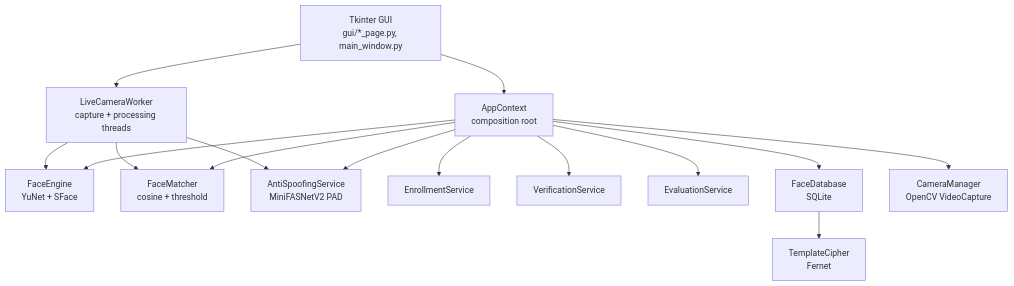
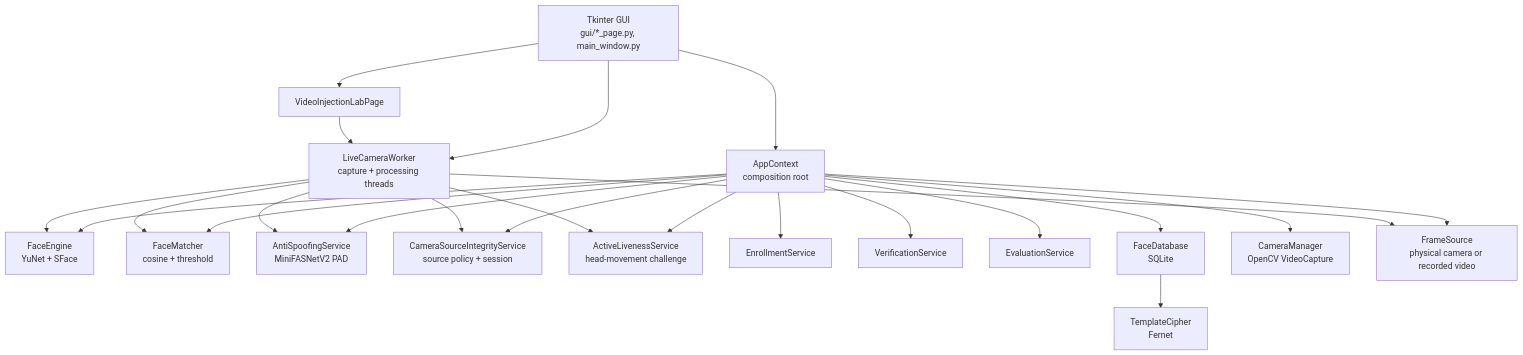
One commit to deko2004/Facelock changed the diagram in PRESENTATION_NOTES.md. Above: the diagram before and after it, drawn with Mermaid. The commit also changed other lines of this file and 23 other files, not shown here.

Commit message:
video injection + update  presentaion notes

````diff
--- a/PRESENTATION_NOTES.md
+++ b/PRESENTATION_NOTES.md
@@ -81,17 +87,25 @@
 ```mermaid
 flowchart TD
     GUI[Tkinter GUI<br/>gui/*_page.py, main_window.py] --> CTX[AppContext<br/>composition root]
     CTX --> FE[FaceEngine<br/>YuNet + SFace]
     CTX --> FM[FaceMatcher<br/>cosine + threshold]
     CTX --> AS[AntiSpoofingService<br/>MiniFASNetV2 PAD]
+    CTX --> SI[CameraSourceIntegrityService<br/>source policy + session]
+    CTX --> AL[ActiveLivenessService<br/>head-movement challenge]
     CTX --> EN[EnrollmentService]
     CTX --> VE[VerificationService]
     CTX --> EV[EvaluationService]
     CTX --> DB[FaceDatabase<br/>SQLite]
     DB --> CIPHER[TemplateCipher<br/>Fernet]
     CTX --> CAM[CameraManager<br/>OpenCV VideoCapture]
+    CTX --> FS[FrameSource<br/>physical camera or recorded video]
+    GUI --> LAB[VideoInjectionLabPage]
     GUI --> WORKER[LiveCameraWorker<br/>capture + processing threads]
+    LAB --> WORKER
+    WORKER --> FS
     WORKER --> FE
+    WORKER --> SI
+    WORKER --> AL
     WORKER --> AS
     WORKER --> FM
 ```
````
